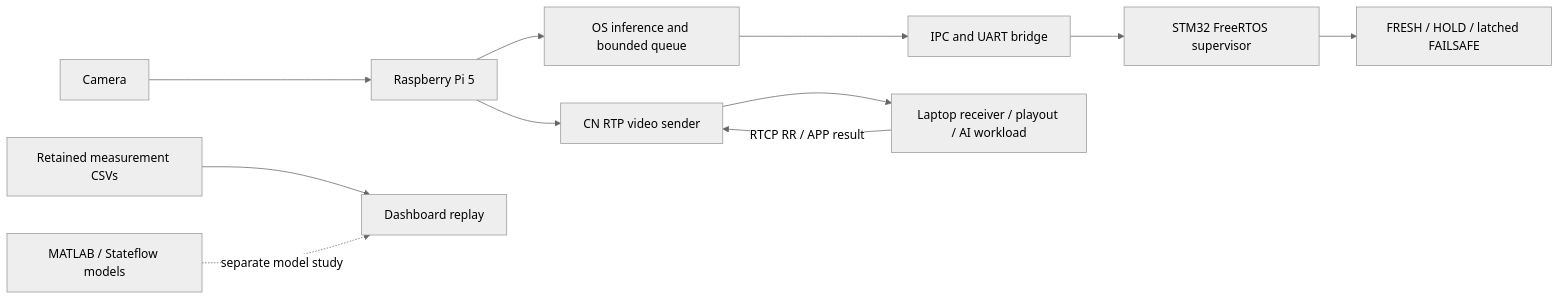
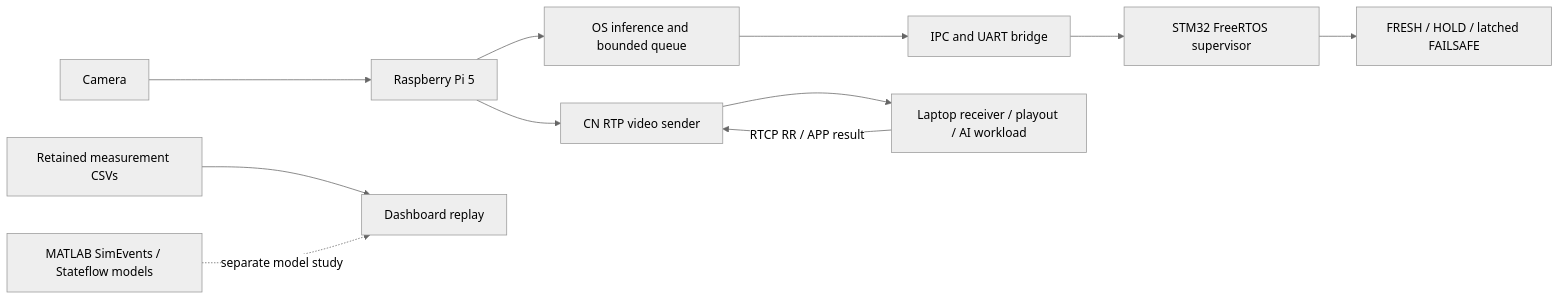
Before and after one commit to KaiserRichard/edge-ai-video-runtime: the diagram in README.md, drawn with Mermaid (neutral theme). The commit also changed other lines of this file, not shown here.

First line of the commit message:
docs(readme): show the SimEvents and Stateflow models

````diff
--- a/README.md
+++ b/README.md
@@ -20,13 +20,13 @@
 ```mermaid
 flowchart LR
   C[Camera] --> PI[Raspberry Pi 5]
   PI --> INF[OS inference and bounded queue]
   INF --> UART[IPC and UART bridge]
   UART --> MCU[STM32 FreeRTOS supervisor]
   MCU --> LED[FRESH / HOLD / latched FAILSAFE]
   PI --> TX[CN RTP video sender]
   TX --> LAP[Laptop receiver / playout / AI workload]
   LAP -->|RTCP RR / APP result| TX
   CSV[Retained measurement CSVs] --> DASH[Dashboard replay]
-  MODEL[MATLAB / Stateflow models] -. separate model study .-> DASH
+  MODEL[MATLAB SimEvents / Stateflow models] -. separate model study .-> DASH
 ```
````
